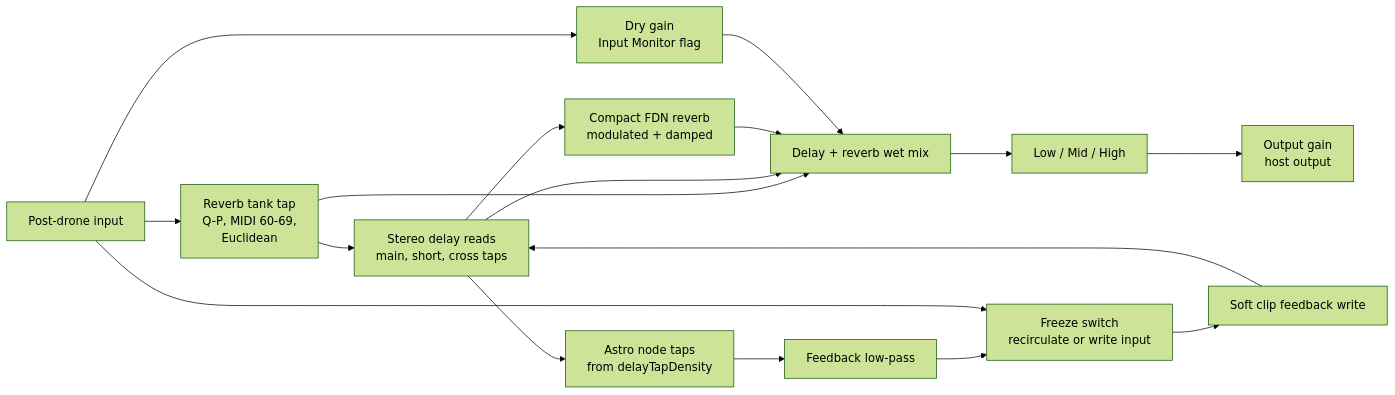
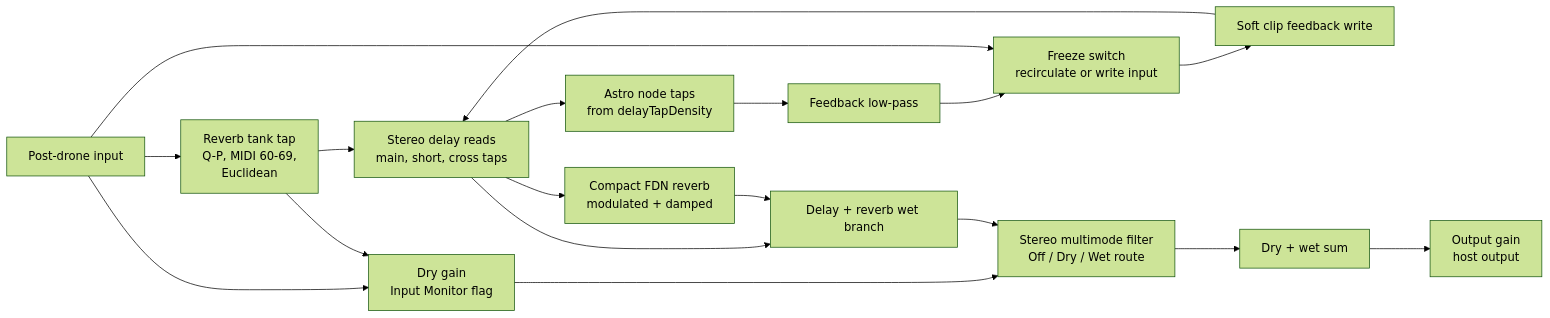
Before and after one commit to JeremyOsz/Astral-reverberations: the sixth of 6 diagrams in docs/signal-path.md, drawn with Mermaid (forest theme). The commit also changed other lines of this file and 12 other files, not shown here.

````diff
--- a/docs/signal-path.md
+++ b/docs/signal-path.md
@@ -208,32 +208,34 @@
 ```mermaid
 flowchart LR
     In["Post-drone input"]
     DryGate["Dry gain\nInput Monitor flag"]
     TankTap["Reverb tank tap\nQ-P, MIDI 60-69,\nEuclidean"]
     DelayReads["Stereo delay reads\nmain, short, cross taps"]
     NodeTaps["Astro node taps\nfrom delayTapDensity"]
     FeedbackFilter["Feedback low-pass"]
     Freeze["Freeze switch\nrecirculate or write input"]
     SoftClip["Soft clip feedback write"]
     Reverb["Compact FDN reverb\nmodulated + damped"]
-    WetMix["Delay + reverb wet mix"]
-    EQ["Low / Mid / High"]
+    WetBranch["Delay + reverb wet branch"]
+    Filter["Stereo multimode filter\nOff / Dry / Wet route"]
+    Sum["Dry + wet sum"]
     Output["Output gain\nhost output"]
 
     In --> DryGate
     In --> TankTap
     TankTap --> DelayReads
-    TankTap --> WetMix
+    TankTap --> DryGate
     DelayReads --> NodeTaps
     NodeTaps --> FeedbackFilter
     FeedbackFilter --> Freeze
     In --> Freeze
     Freeze --> SoftClip
     SoftClip --> DelayReads
     DelayReads --> Reverb
-    DelayReads --> WetMix
-    Reverb --> WetMix
-    DryGate --> WetMix
-    WetMix --> EQ
-    EQ --> Output
+    DelayReads --> WetBranch
+    Reverb --> WetBranch
+    DryGate --> Filter
+    WetBranch --> Filter
+    Filter --> Sum
+    Sum --> Output
 ```
````
